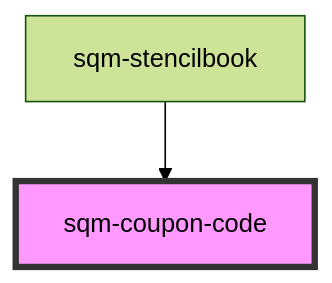
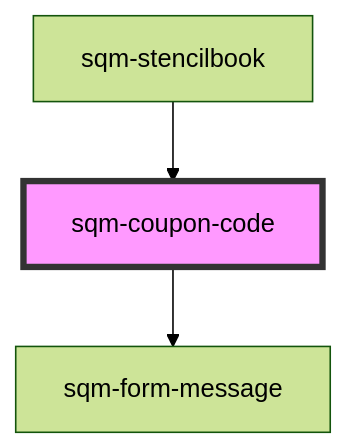
One commit to saasquatch/program-tools changed the diagram in packages/mint-components/src/components/sqm-coupon-code/readme.md. Above: the diagram before and after it, drawn with Mermaid (forest theme). The commit also changed other lines of this file and 6 other files, not shown here.

````diff
--- a/packages/mint-components/src/components/sqm-coupon-code/readme.md
+++ b/packages/mint-components/src/components/sqm-coupon-code/readme.md
@@ -33,5 +40,6 @@
 ```mermaid
 graph TD;
+  sqm-coupon-code --> sqm-form-message
   sqm-stencilbook --> sqm-coupon-code
   style sqm-coupon-code fill:#f9f,stroke:#333,stroke-width:4px
 ```
````
